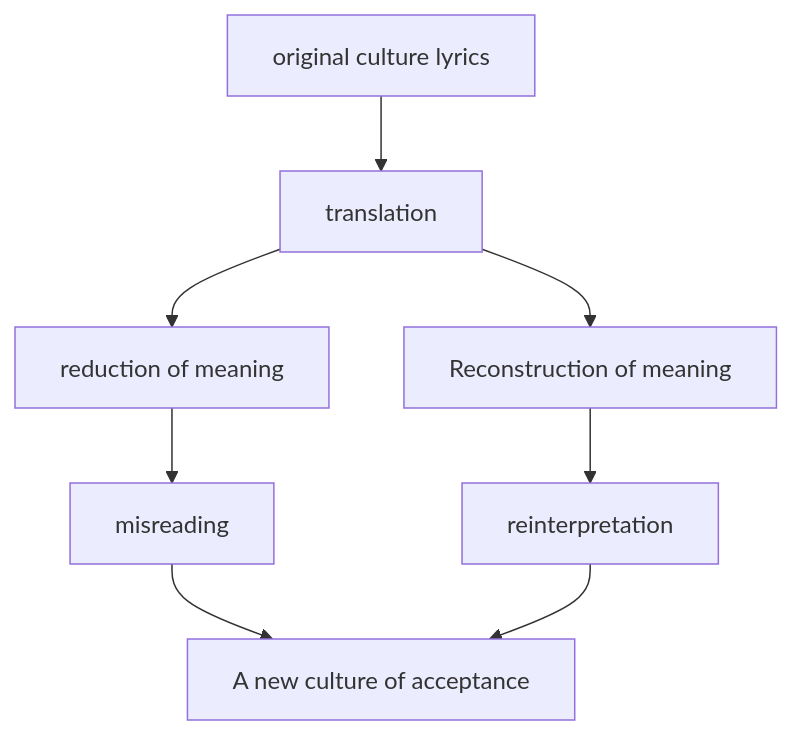
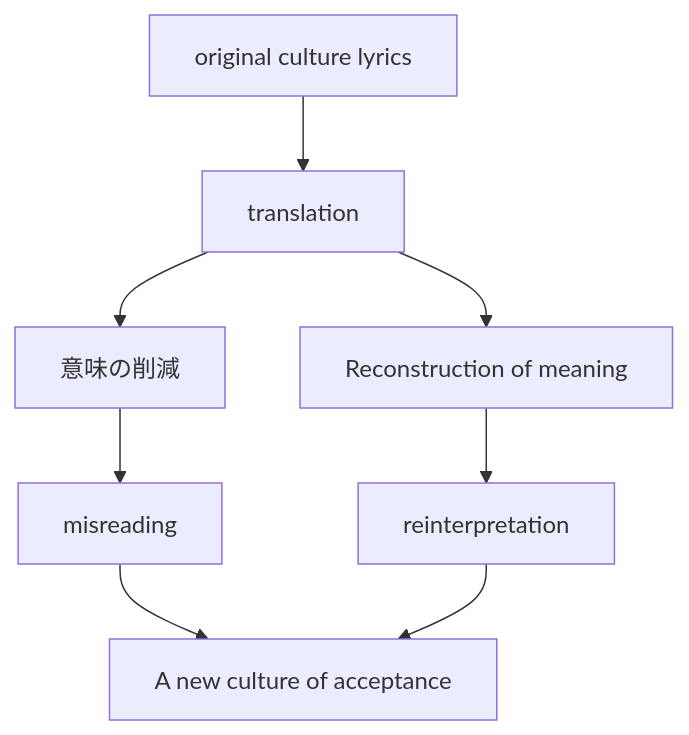
The second of 2 diagrams in en/_posts/2026-01-16-column-lyric-translation.md (monumental-movement/monumental-movement.github.io), drawn with Mermaid before and after one commit. The commit also changed other lines of this file and 1012 other files, not shown here.

```diff
--- a/en/_posts/2026-01-16-column-lyric-translation.md
+++ b/en/_posts/2026-01-16-column-lyric-translation.md
@@ -201,10 +201,10 @@
 <div class="mermaid">
 graph TD
     A[original culture lyrics] --> B[translation]
-    B --> C[reduction of meaning]
+    B --> C[意味の削減]
     B --> D[Reconstruction of meaning]
     C --> E[misreading]
     D --> F[reinterpretation]
     E --> G[A new culture of acceptance]
     F --> G
 </div>
```
